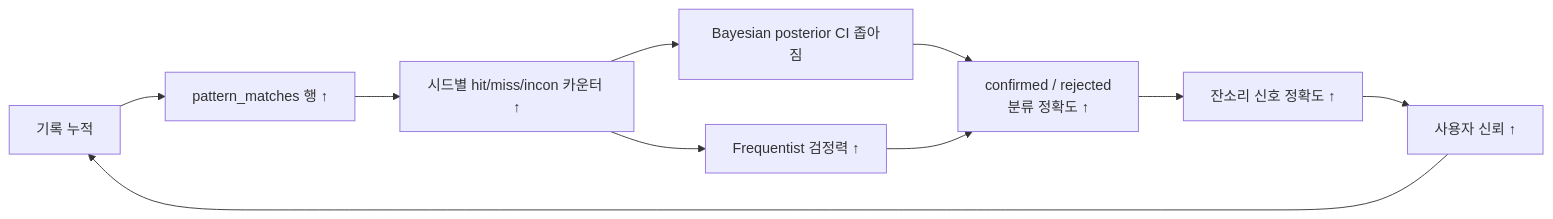
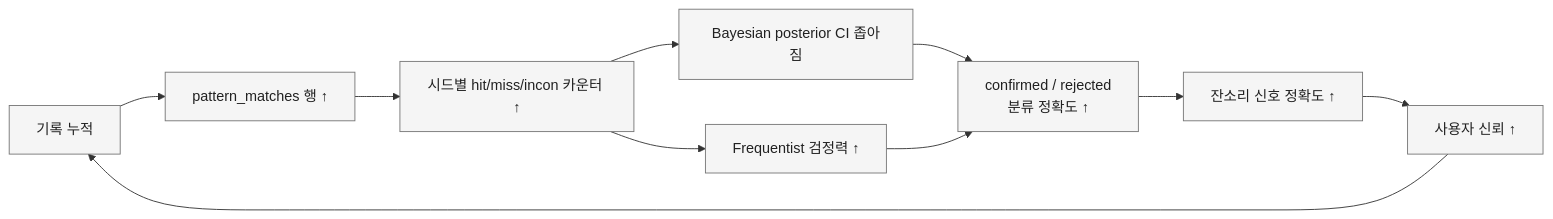
Before and after one commit to hyewon3938/slack-ai-agents: the ninth of 9 diagrams in docs/explainers/insight-v2.md, drawn with Mermaid. The commit also changed other lines of this file, not shown here.

````diff
--- a/docs/explainers/insight-v2.md
+++ b/docs/explainers/insight-v2.md
@@ -435,12 +469,15 @@
 ```mermaid
 flowchart LR
   A["기록 누적"] --> B["pattern_matches 행 ↑"]
   B --> C["시드별 hit/miss/incon 카운터 ↑"]
   C --> D["Bayesian posterior CI 좁아짐"]
   C --> E["Frequentist 검정력 ↑"]
   D --> F["confirmed / rejected<br/>분류 정확도 ↑"]
   E --> F
   F --> G["잔소리 신호 정확도 ↑"]
   G --> H["사용자 신뢰 ↑"]
   H --> A
+
+  classDef flowNode fill:#f5f5f5,stroke:#757575,color:#212121
+  class A,B,C,D,E,F,G,H flowNode
 ```
````
